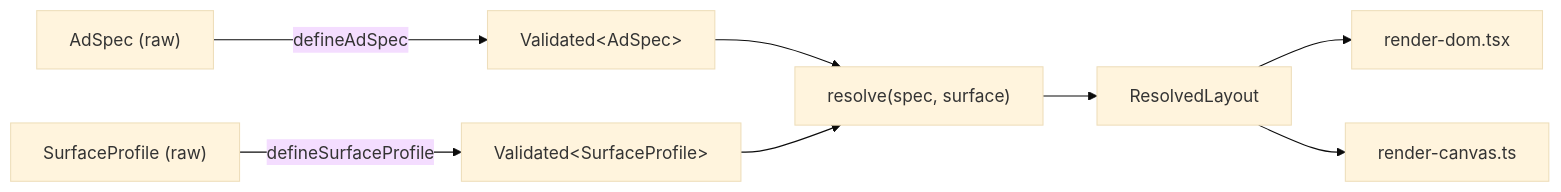
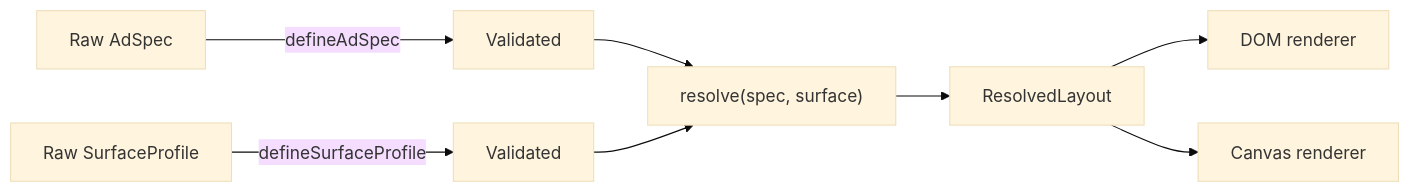
The diagram in ARCHITECTURE.md (slenderongithub/adaptive-layout-assignment), drawn with Mermaid (base theme) before and after one commit. The commit also changed other lines of this file and 6 other files, not shown here.

````diff
--- a/ARCHITECTURE.md
+++ b/ARCHITECTURE.md
@@ -14,10 +20,10 @@
 ```mermaid
 flowchart LR
-    A["AdSpec (raw)"] -->|defineAdSpec| B["Validated&lt;AdSpec&gt;"]
-    C["SurfaceProfile (raw)"] -->|defineSurfaceProfile| D["Validated&lt;SurfaceProfile&gt;"]
+    A["Raw AdSpec"] -->|defineAdSpec| B["Validated<AdSpec>"]
+    C["Raw SurfaceProfile"] -->|defineSurfaceProfile| D["Validated<SurfaceProfile>"]
     B --> E["resolve(spec, surface)"]
     D --> E
     E --> F["ResolvedLayout"]
-    F --> G["render-dom.tsx"]
-    F --> H["render-canvas.ts"]
+    F --> G["DOM renderer"]
+    F --> H["Canvas renderer"]
 ```
````
